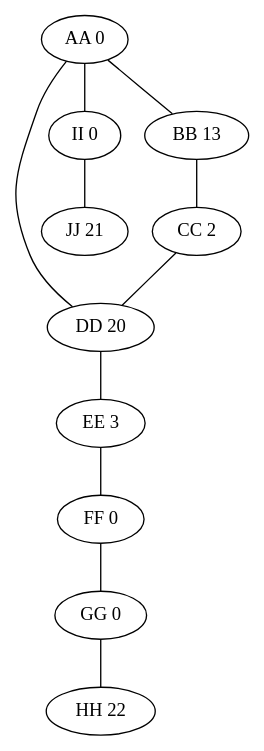
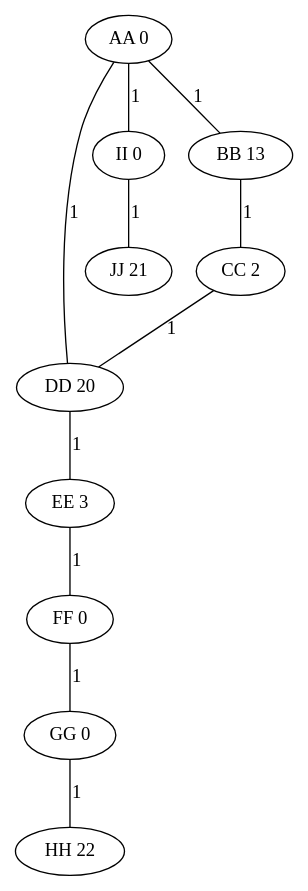
Before and after one commit to mvidner/adventofcode: the diagram in 2022/16/sample.txt.dot, drawn with Graphviz. The commit also changed 2 other files, not shown here.

```diff
--- a/2022/16/sample.txt.dot
+++ b/2022/16/sample.txt.dot
@@ -1,22 +1,22 @@
 graph g {
   AA[label="AA 0"];
-    AA -- DD;
-    AA -- II;
-    AA -- BB;
+    AA -- DD [label="1"];
+    AA -- II [label="1"];
+    AA -- BB [label="1"];
   BB[label="BB 13"];
-    BB -- CC;
+    BB -- CC [label="1"];
   CC[label="CC 2"];
-    CC -- DD;
+    CC -- DD [label="1"];
   DD[label="DD 20"];
-    DD -- EE;
+    DD -- EE [label="1"];
   EE[label="EE 3"];
-    EE -- FF;
+    EE -- FF [label="1"];
   FF[label="FF 0"];
-    FF -- GG;
+    FF -- GG [label="1"];
   GG[label="GG 0"];
-    GG -- HH;
+    GG -- HH [label="1"];
   HH[label="HH 22"];
   II[label="II 0"];
-    II -- JJ;
+    II -- JJ [label="1"];
   JJ[label="JJ 21"];
 }
```
